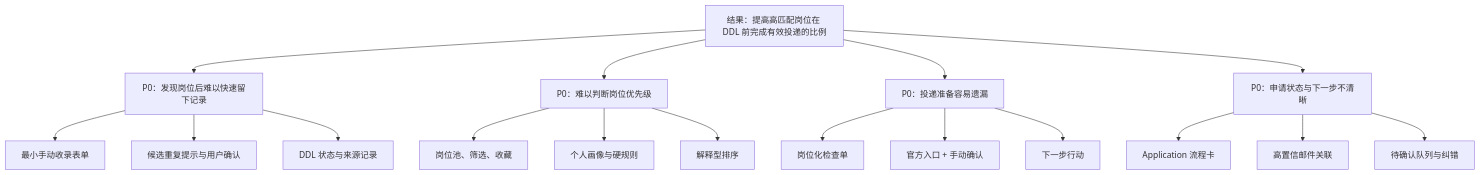
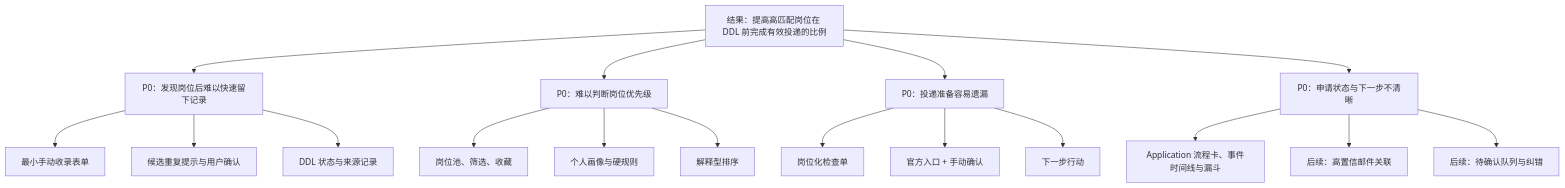
The diagram in docs/opportunity-solution-tree.md (deer395/GoodJob-v1), drawn with Mermaid before and after one commit. The commit also changed other lines of this file and 16 other files, not shown here.

````diff
--- a/docs/opportunity-solution-tree.md
+++ b/docs/opportunity-solution-tree.md
@@ -23,20 +23,20 @@
 ```mermaid
 flowchart TD
   O["结果：提高高匹配岗位在 DDL 前完成有效投递的比例"]
   O --> A["P0：发现岗位后难以快速留下记录"]
   O --> B["P0：难以判断岗位优先级"]
   O --> C["P0：投递准备容易遗漏"]
   O --> D["P0：申请状态与下一步不清晰"]
   A --> A1["最小手动收录表单"]
   A --> A2["候选重复提示与用户确认"]
   A --> A3["DDL 状态与来源记录"]
   B --> B1["岗位池、筛选、收藏"]
   B --> B2["个人画像与硬规则"]
   B --> B3["解释型排序"]
   C --> C1["岗位化检查单"]
   C --> C2["官方入口 + 手动确认"]
   C --> C3["下一步行动"]
-  D --> D1["Application 流程卡"]
-  D --> D2["高置信邮件关联"]
-  D --> D3["待确认队列与纠错"]
+  D --> D1["Application 流程卡、事件时间线与漏斗"]
+  D --> D2["后续：高置信邮件关联"]
+  D --> D3["后续：待确认队列与纠错"]
 ```
````
